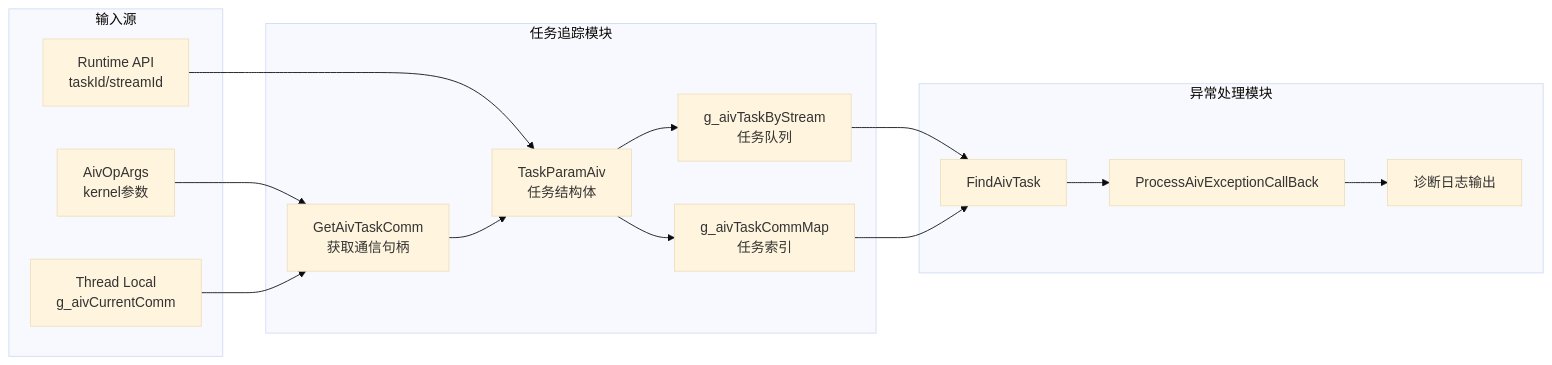
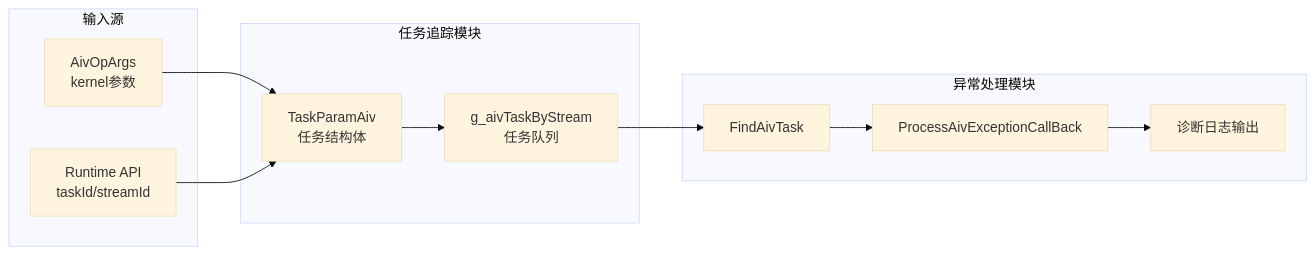
The seventh of 8 diagrams in docs/AIV_Task_Exception_Handler_Design.md (libochao-huawei/HCCL), drawn with Mermaid (base theme) before and after one commit. The commit also changed other lines of this file and 6 other files, not shown here.

````diff
--- a/docs/AIV_Task_Exception_Handler_Design.md
+++ b/docs/AIV_Task_Exception_Handler_Design.md
@@ -199,32 +215,25 @@
 ```mermaid
 flowchart LR
     subgraph 输入源
         A[AivOpArgs<br/>kernel参数]
         B[Runtime API<br/>taskId/streamId]
-        C[Thread Local<br/>g_aivCurrentComm]
     end
     
     subgraph 任务追踪模块
-        D[GetAivTaskComm<br/>获取通信句柄]
-        E[TaskParamAiv<br/>任务结构体]
-        F[g_aivTaskByStream<br/>任务队列]
-        G[g_aivTaskCommMap<br/>任务索引]
+        C[TaskParamAiv<br/>任务结构体]
+        D[g_aivTaskByStream<br/>任务队列]
     end
     
     subgraph 异常处理模块
-        H[ProcessAivExceptionCallBack]
-        I[FindAivTask]
-        J[诊断日志输出]
+        E[ProcessAivExceptionCallBack]
+        F[FindAivTask]
+        G[诊断日志输出]
     end
     
-    A --> D
-    B --> E
+    A --> C
+    B --> C
     C --> D
-    D --> E
-    E --> F
+    D --> F
+    F --> E
     E --> G
-    F --> I
-    G --> I
-    I --> H
-    H --> J
 ```
````
